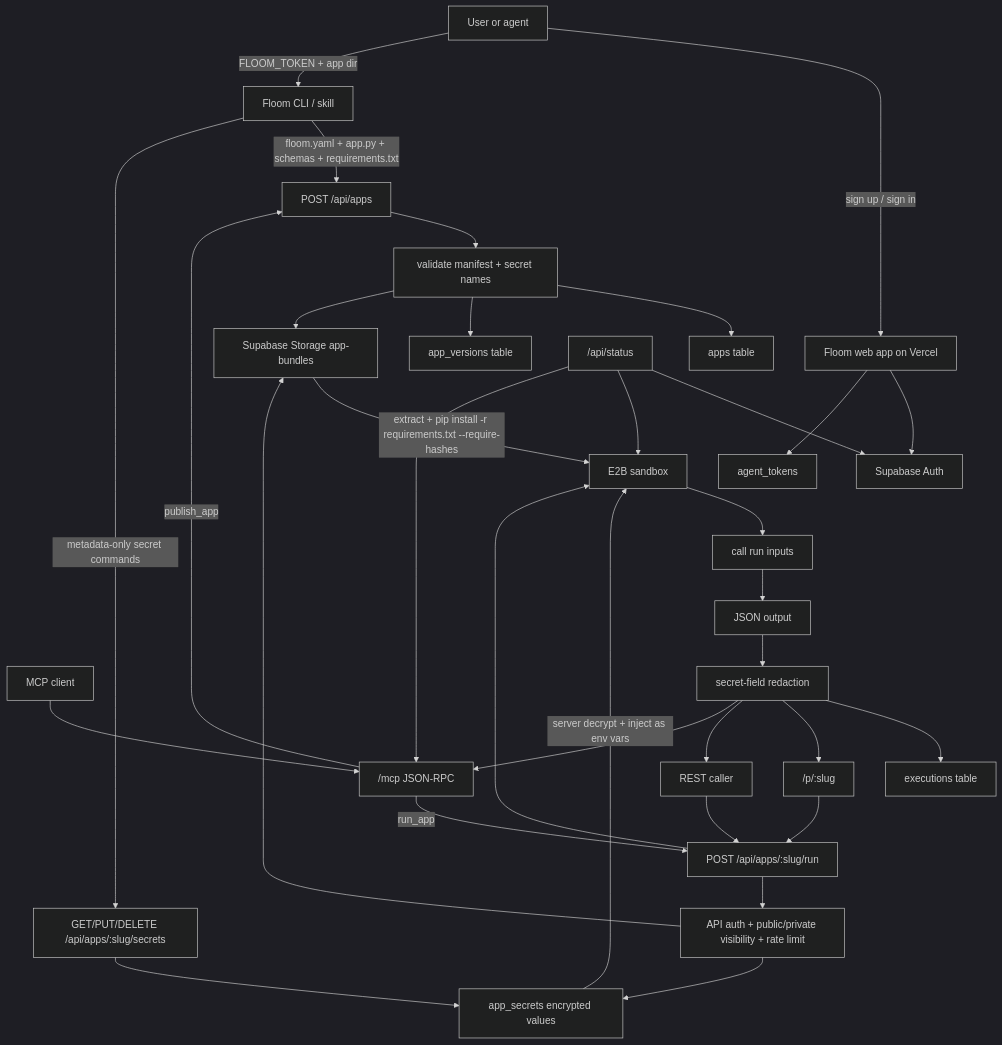
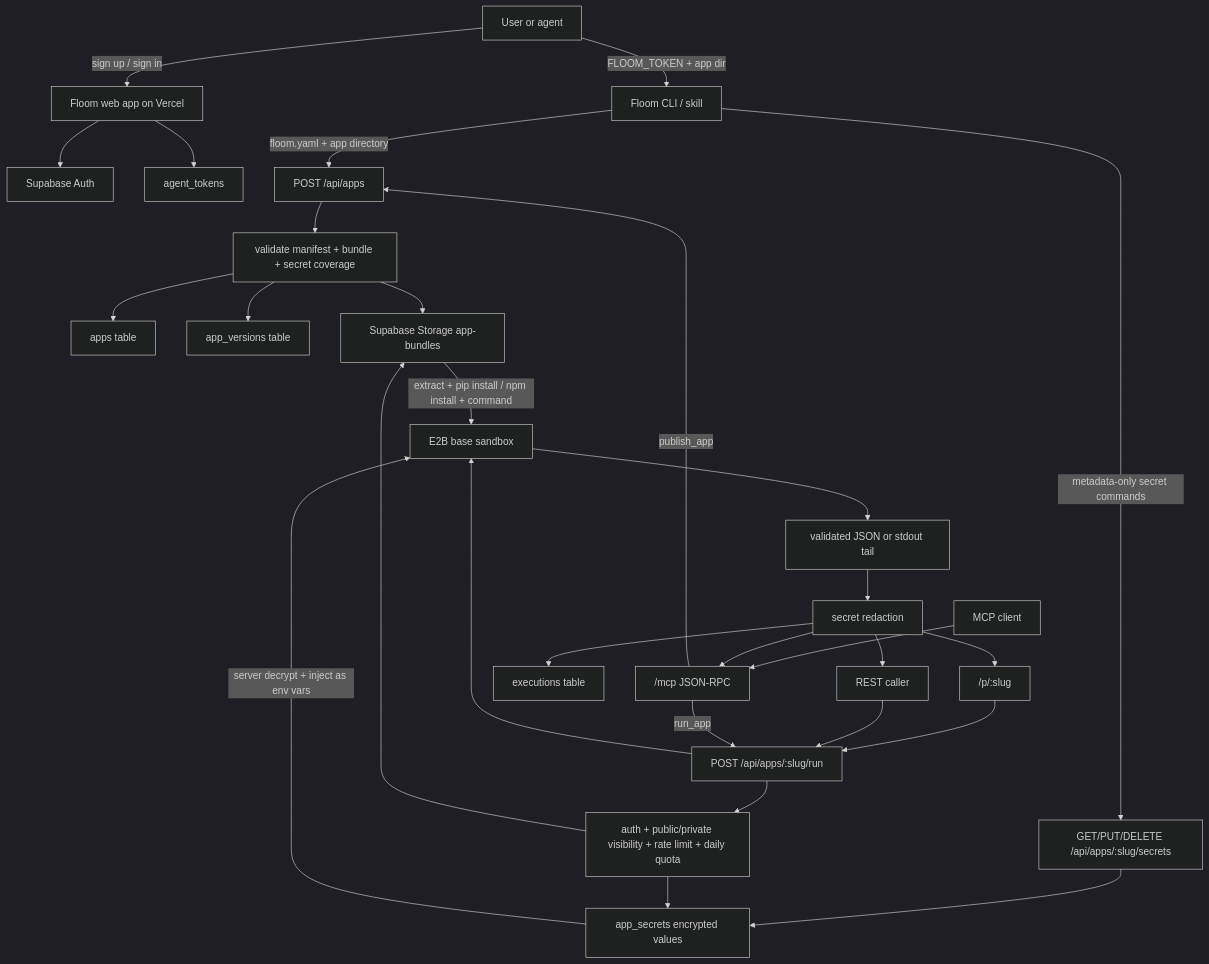
Before and after one commit to Pallavikumarimdb/floom: the diagram in docs/architecture-v0.md, drawn with Mermaid (dark theme). The commit also changed other lines of this file and 21 other files, not shown here.

````diff
--- a/docs/architecture-v0.md
+++ b/docs/architecture-v0.md
@@ -7,42 +12,37 @@
 ```mermaid
 flowchart TD
   User["User or agent"] -->|sign up / sign in| Web["Floom web app on Vercel"]
   User -->|FLOOM_TOKEN + app dir| CLI["Floom CLI / skill"]
   Agent["MCP client"] --> MCP["/mcp JSON-RPC"]
 
   Web --> Auth["Supabase Auth"]
   Web --> Tokens["agent_tokens"]
 
-  CLI -->|floom.yaml + app.py + schemas + requirements.txt| Publish["POST /api/apps"]
+  CLI -->|floom.yaml + app directory| Publish["POST /api/apps"]
   MCP -->|publish_app| Publish
 
-  Publish --> ManifestVal["validate manifest + secret names"]
+  Publish --> ManifestVal["validate manifest + bundle + secret coverage"]
   ManifestVal --> Apps["apps table"]
   ManifestVal --> Versions["app_versions table"]
   ManifestVal --> Bundles["Supabase Storage app-bundles"]
 
   CLI -->|metadata-only secret commands| SecretsAPI["GET/PUT/DELETE /api/apps/:slug/secrets"]
   SecretsAPI --> Secrets["app_secrets encrypted values"]
 
   Browser["/p/:slug"] --> Run["POST /api/apps/:slug/run"]
   REST["REST caller"] --> Run
   MCP -->|run_app| Run
 
-  Run --> Access["API auth + public/private visibility + rate limit"]
+  Run --> Access["auth + public/private visibility + rate limit + daily quota"]
   Access --> Bundles
   Access --> Secrets
-  Run --> E2B["E2B sandbox"]
+  Run --> E2B["E2B base sandbox"]
   Secrets -->|server decrypt + inject as env vars| E2B
-  Bundles -->|extract + pip install -r requirements.txt --require-hashes| E2B
-  E2B --> Handler["call run inputs"]
-  Handler --> Output["JSON output"]
-  Output --> Redaction["secret-field redaction"]
+  Bundles -->|extract + pip install / npm install + command| E2B
+  E2B --> Output["validated JSON or stdout tail"]
+  Output --> Redaction["secret redaction"]
   Redaction --> Executions["executions table"]
   Redaction --> Browser
   Redaction --> REST
   Redaction --> MCP
-
-  Status["/api/status"] --> Auth
-  Status --> E2B
-  Status --> MCP
 ```
````
